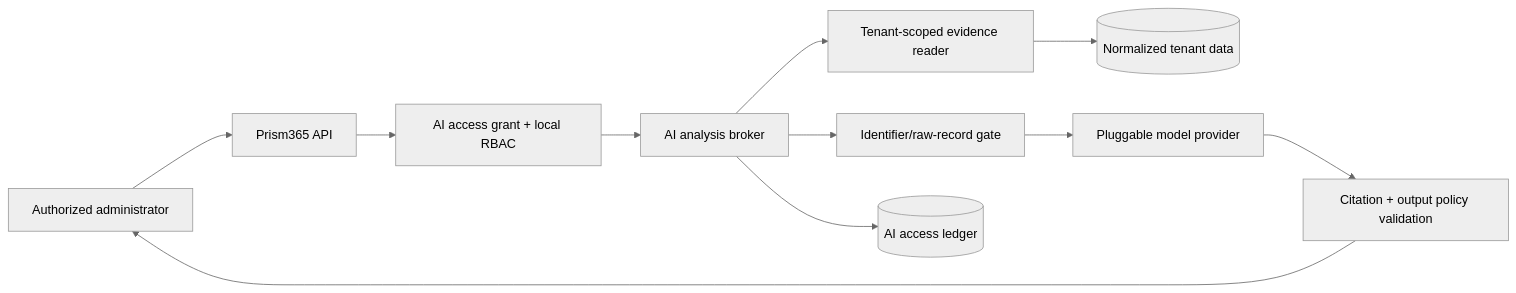
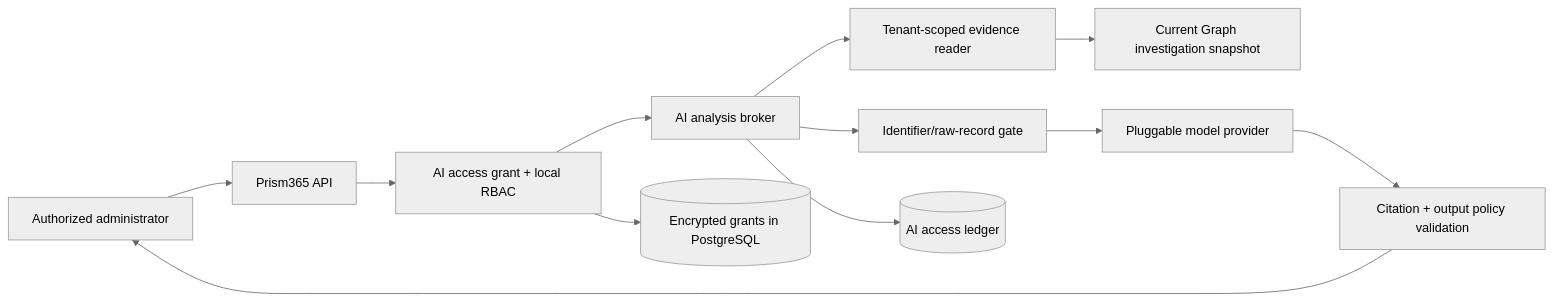
The diagram in docs/AI_INTEGRATION.md (Nullel/prism365), drawn with Mermaid (neutral theme) before and after one commit. The commit also changed other lines of this file and 67 other files, not shown here.

````diff
--- a/docs/AI_INTEGRATION.md
+++ b/docs/AI_INTEGRATION.md
@@ -32,13 +35,14 @@
 ```mermaid
 flowchart LR
   User[Authorized administrator] --> API[Prism365 API]
   API --> Policy[AI access grant + local RBAC]
   Policy --> Gateway[AI analysis broker]
   Gateway --> Reader[Tenant-scoped evidence reader]
-  Reader --> Store[(Normalized tenant data)]
+  Reader --> Graph[Current Graph investigation snapshot]
   Gateway --> Redaction[Identifier/raw-record gate]
   Redaction --> Provider[Pluggable model provider]
   Provider --> Validation[Citation + output policy validation]
   Validation --> User
   Gateway --> Ledger[(AI access ledger)]
+  Policy --> State[(Encrypted grants in PostgreSQL)]
 ```
````
